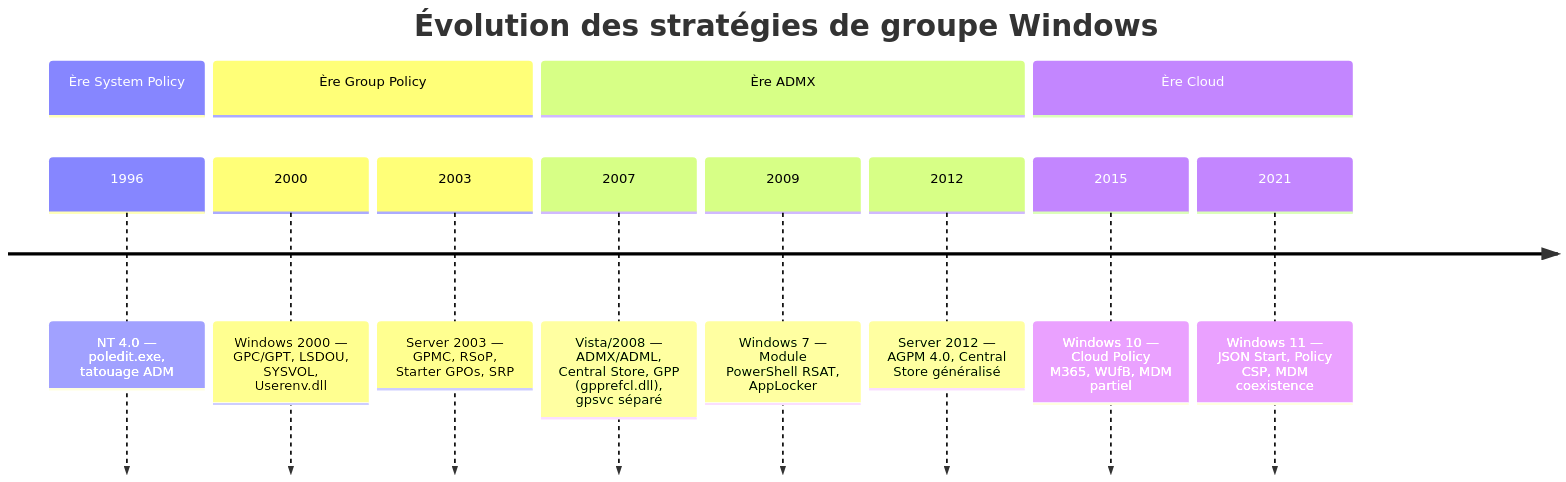
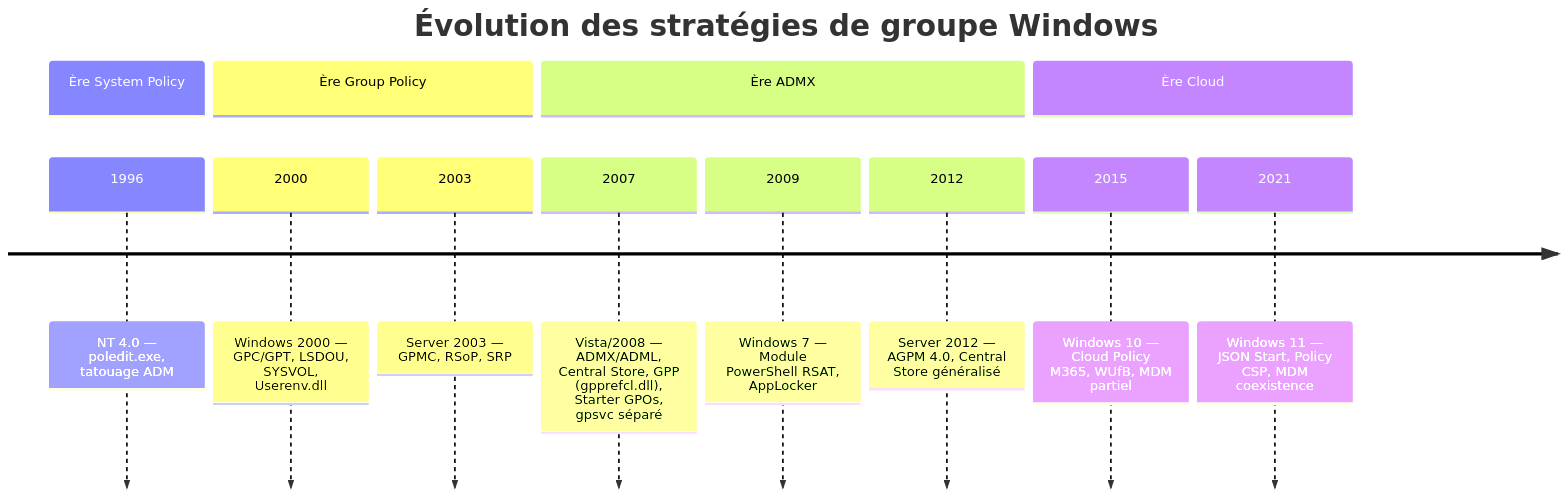
Before and after one commit to VBlackJack/Quid: the diagram in docs/books/bible-gpo/01-introduction.md, drawn with Mermaid. The commit also changed other lines of this file and 47 other files, not shown here.

````diff
--- a/docs/books/bible-gpo/01-introduction.md
+++ b/docs/books/bible-gpo/01-introduction.md
@@ -233,16 +233,16 @@
 ```mermaid
 timeline
     title Évolution des stratégies de groupe Windows
     section Ère System Policy
         1996 : NT 4.0 — poledit.exe, tatouage ADM
     section Ère Group Policy
         2000 : Windows 2000 — GPC/GPT, LSDOU, SYSVOL, Userenv.dll
-        2003 : Server 2003 — GPMC, RSoP, Starter GPOs, SRP
+        2003 : Server 2003 — GPMC, RSoP, SRP
     section Ère ADMX
-        2007 : Vista/2008 — ADMX/ADML, Central Store, GPP (gpprefcl.dll), gpsvc séparé
+        2007 : Vista/2008 — ADMX/ADML, Central Store, GPP (gpprefcl.dll), Starter GPOs, gpsvc séparé
         2009 : Windows 7 — Module PowerShell RSAT, AppLocker
         2012 : Server 2012 — AGPM 4.0, Central Store généralisé
     section Ère Cloud
         2015 : Windows 10 — Cloud Policy M365, WUfB, MDM partiel
         2021 : Windows 11 — JSON Start, Policy CSP, MDM coexistence
 ```
````
